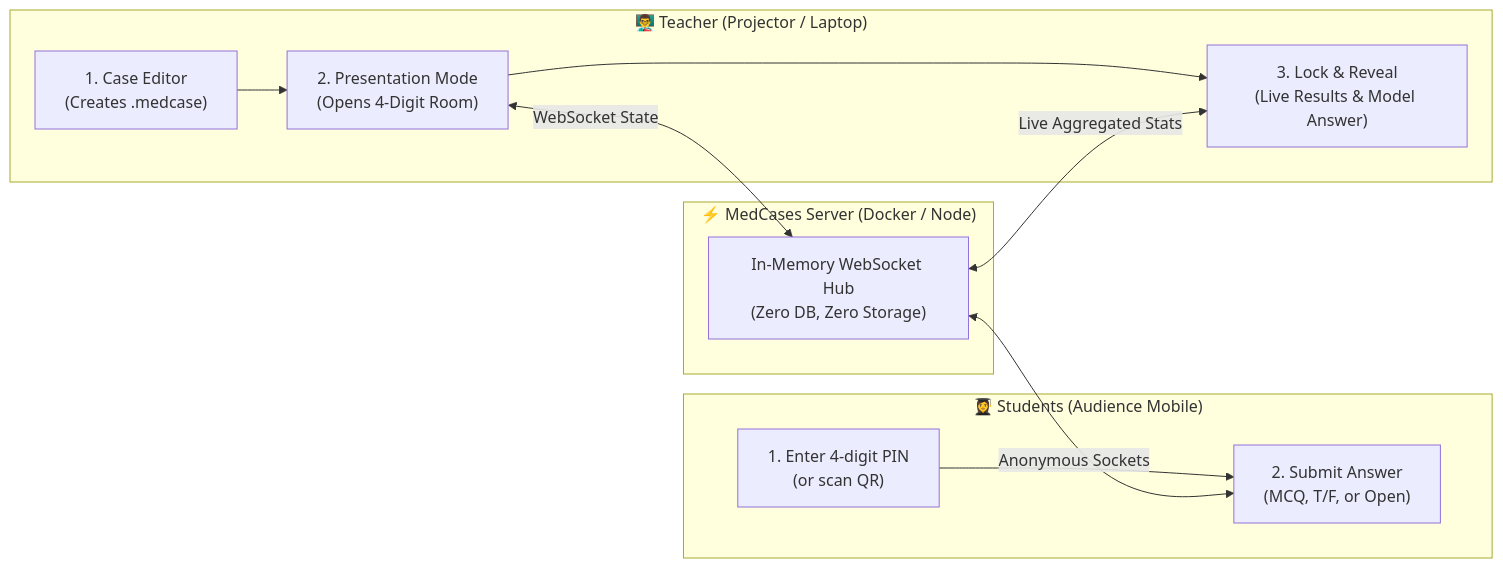
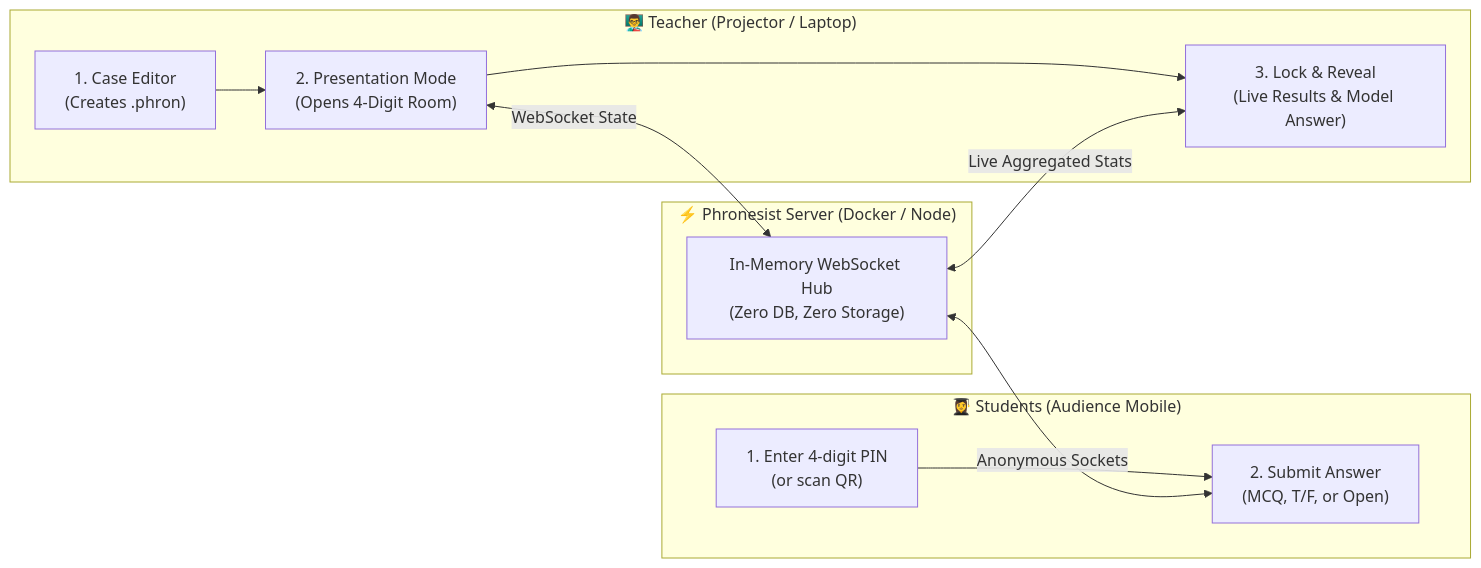
One commit to paunoko/medcases changed the diagram in README.md. Above: the diagram before and after it, drawn with Mermaid. The commit also changed other lines of this file and 22 other files, not shown here.

Commit message:
feat(branding): complete clean cutover to Phronesist and .phron without legacy medcases

````diff
--- a/README.md
+++ b/README.md
@@ -38,19 +38,19 @@
 ```mermaid
 flowchart LR
     subgraph Teacher ["👨‍🏫 Teacher (Projector / Laptop)"]
-        Editor["1. Case Editor\n(Creates .medcase)"] --> Presenter["2. Presentation Mode\n(Opens 4-Digit Room)"]
+        Editor["1. Case Editor\n(Creates .phron)"] --> Presenter["2. Presentation Mode\n(Opens 4-Digit Room)"]
         Presenter --> Reveal["3. Lock & Reveal\n(Live Results & Model Answer)"]
     end
 
-    subgraph Server ["⚡ MedCases Server (Docker / Node)"]
+    subgraph Server ["⚡ Phronesist Server (Docker / Node)"]
         WebSocketHub["In-Memory WebSocket Hub\n(Zero DB, Zero Storage)"]
     end
 
     subgraph Students ["👩‍🎓 Students (Audience Mobile)"]
         Join["1. Enter 4-digit PIN\n(or scan QR)"] --> Vote["2. Submit Answer\n(MCQ, T/F, or Open)"]
     end
 
     Presenter <-->|WebSocket State| WebSocketHub
     WebSocketHub <-->|Anonymous Sockets| Vote
     WebSocketHub <-->|Live Aggregated Stats| Reveal
 ```
````
